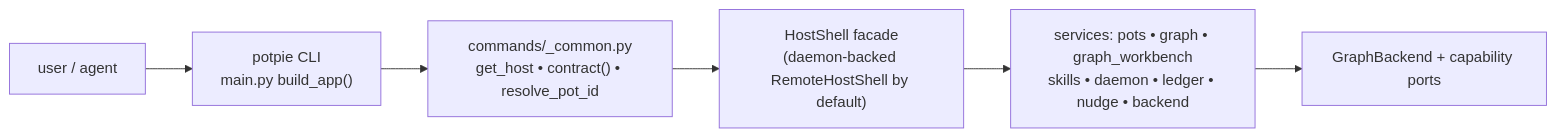
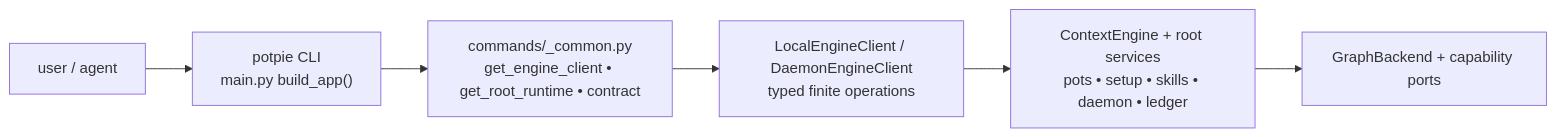
The first of 2 diagrams in docs/context-graph/cli-flow.md (potpie-ai/potpie), drawn with Mermaid before and after one commit. The commit also changed other lines of this file and 108 other files, not shown here.

Commit message:
refactor(runtime): remove host and core compatibility

````diff
--- a/docs/context-graph/cli-flow.md
+++ b/docs/context-graph/cli-flow.md
@@ -23,11 +24,11 @@
 ```mermaid
 flowchart LR
   cf_user["user / agent"]
   cf_cli["potpie CLI<br/>main.py build_app()"]
-  cf_common["commands/_common.py<br/>get_host • contract() • resolve_pot_id"]
-  cf_shell["HostShell facade<br/>(daemon-backed RemoteHostShell by default)"]
-  cf_svc["services: pots • graph • graph_workbench<br/>skills • daemon • ledger • nudge • backend"]
+  cf_common["commands/_common.py<br/>get_engine_client • get_root_runtime • contract"]
+  cf_shell["LocalEngineClient / DaemonEngineClient<br/>typed finite operations"]
+  cf_svc["ContextEngine + root services<br/>pots • setup • skills • daemon • ledger"]
   cf_ports["GraphBackend + capability ports"]
 
   cf_user --> cf_cli --> cf_common --> cf_shell --> cf_svc --> cf_ports
 ```
````
